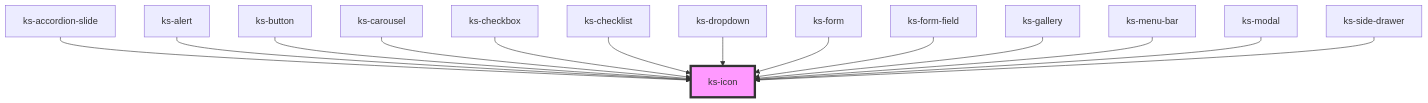
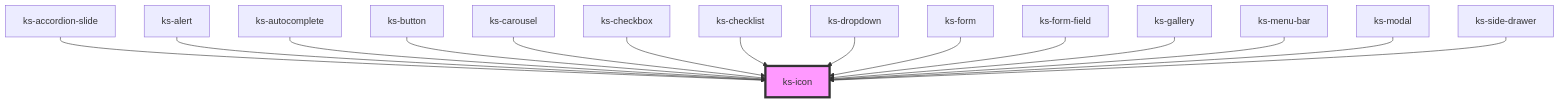
One commit to kickstand-ui/kickstand-ui changed the diagram in src/scripts/components/icon/readme.md. Above: the diagram before and after it, drawn with Mermaid. The commit also changed other lines of this file and 11 other files, not shown here.

````diff
--- a/src/scripts/components/icon/readme.md
+++ b/src/scripts/components/icon/readme.md
@@ -35,17 +36,18 @@
 ```mermaid
 graph TD;
   ks-accordion-slide --> ks-icon
   ks-alert --> ks-icon
+  ks-autocomplete --> ks-icon
   ks-button --> ks-icon
   ks-carousel --> ks-icon
   ks-checkbox --> ks-icon
   ks-checklist --> ks-icon
   ks-dropdown --> ks-icon
   ks-form --> ks-icon
   ks-form-field --> ks-icon
   ks-gallery --> ks-icon
   ks-menu-bar --> ks-icon
   ks-modal --> ks-icon
   ks-side-drawer --> ks-icon
   style ks-icon fill:#f9f,stroke:#333,stroke-width:4px
 ```
````
